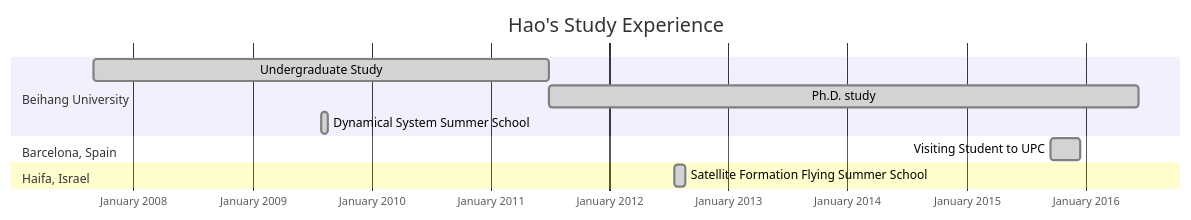
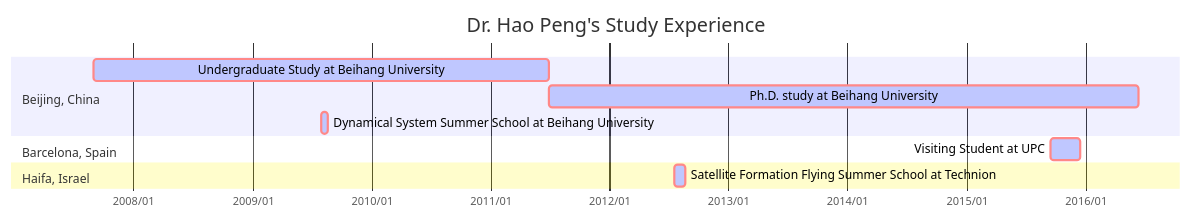
One commit to astroHaoPeng/SPACEofPHD changed the diagram in source/cv/index.md. Above: the diagram before and after it, drawn with Mermaid. The commit also changed other lines of this file and 74 other files, not shown here.

```diff
--- a/source/cv/index.md
+++ b/source/cv/index.md
@@ -33,16 +33,16 @@
 {% mermaid gantt %}
+title Dr. Hao Peng's Study Experience
 dateFormat  YYYY-MM-DD
-axisFormat  %B %Y
-title Hao's Study Experience
+axisFormat  %Y/%m
 
-section Beihang University
-Undergraduate Study    : done,    des1, 2007-09-01, 2011-07-01
-Ph.D. study            : done,    des2, after des1, 2016-06-12
-Dynamical System Summer School : done, 2009-08-01, 2009-08-20
+section Beijing, China
+Undergraduate Study at Beihang University : crit, active,    des1, 2007-09-01, 2011-07-01
+Ph.D. study at Beihang University : crit, active,    des2, after des1, 2016-06-12
+Dynamical System Summer School at Beihang University: crit, active, 2009-08-01, 2009-08-20
 
 section Barcelona, Spain
-Visiting Student to UPC : done, 2015-09-15, 2015-12-15
+Visiting Student at UPC : crit, active, 2015-09-15, 2015-12-15
 
 section Haifa, Israel
-Satellite Formation Flying Summer School : done, 2012-07-20, 2012-08-20
+Satellite Formation Flying Summer School at Technion : crit, active, 2012-07-20, 2012-08-20
 {% endmermaid %}
```
